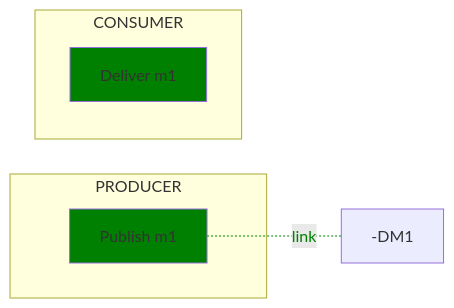
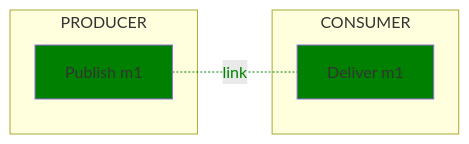
Before and after one commit to open-telemetry/oteps: the second of 12 diagrams in text/trace/0220-messaging-semantic-conventions-span-structure.md, drawn with Mermaid. The commit also changed other lines of this file, not shown here.

Commit message:
Fix diagrams

````diff
--- a/text/trace/0220-messaging-semantic-conventions-span-structure.md
+++ b/text/trace/0220-messaging-semantic-conventions-span-structure.md
@@ -351,14 +351,14 @@
 ```mermaid
 flowchart LR;
   subgraph PRODUCER
   PM1[Publish m1]
   end
   subgraph CONSUMER
   DM1[Deliver m1]
   end
-  PM1-. link .--DM1;
+  PM1-. link .-DM1;
 
   classDef normal fill:green
   class PM1,DM1 normal
   linkStyle 0 color:green,stroke:green
 ```
````
